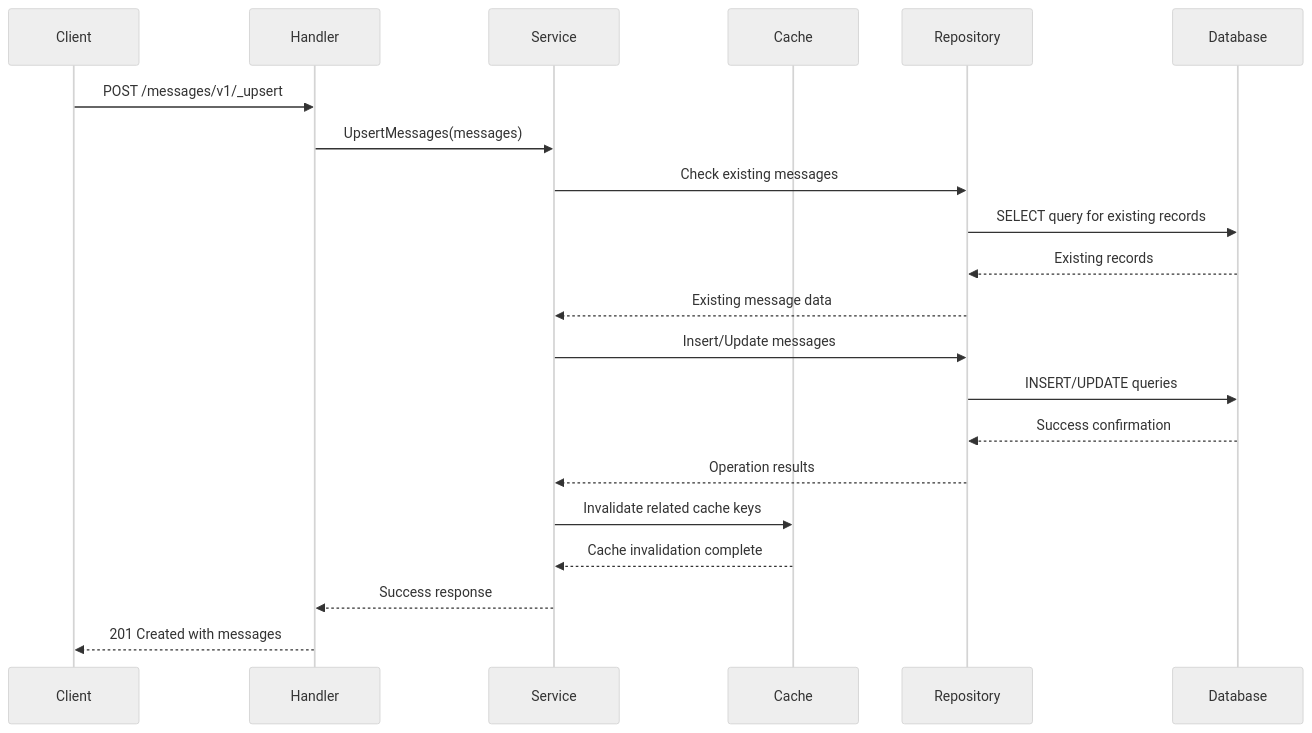
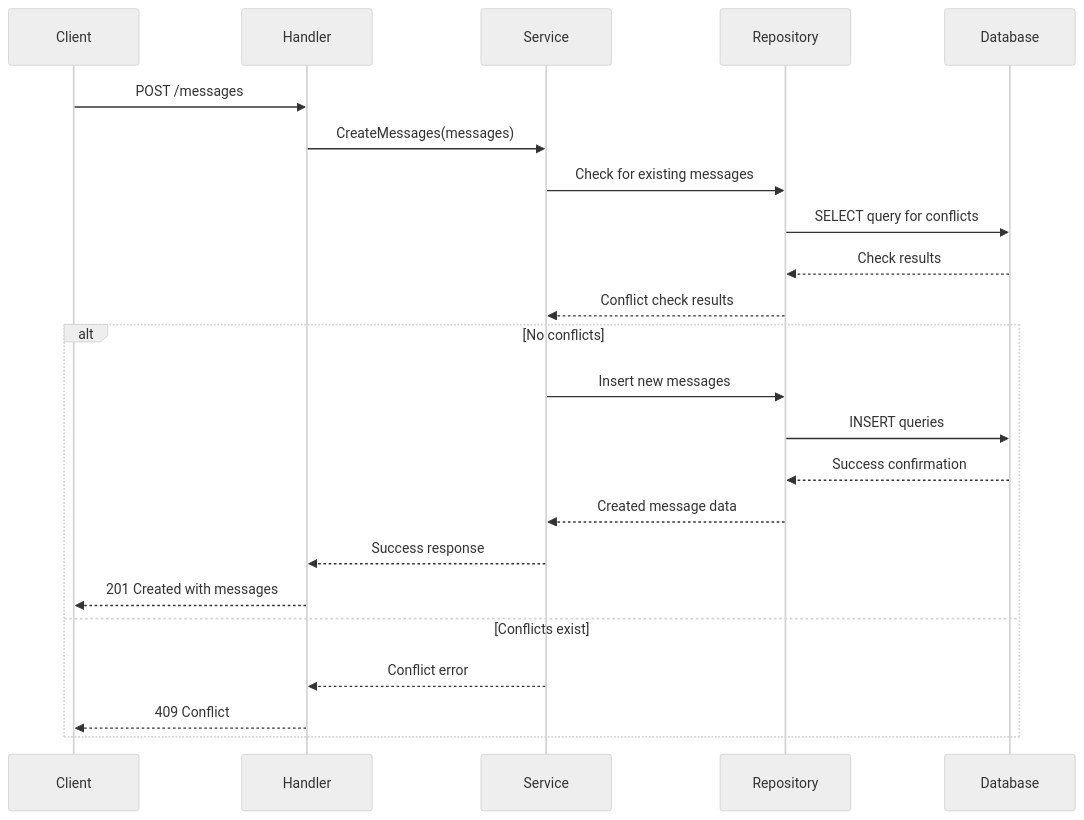
Before and after one commit to anishEgov/digit3: the third of 7 diagrams in code/services/localisationgo/README.md, drawn with Mermaid (neutral theme). The commit also changed other lines of this file, not shown here.

````diff
--- a/code/services/localisationgo/README.md
+++ b/code/services/localisationgo/README.md
@@ -313,28 +370,28 @@
 ```mermaid
 sequenceDiagram
     participant Client
     participant Handler
     participant Service
-    participant Cache
     participant Repository
     participant Database
 
-    Client->>Handler: POST /messages/v1/_upsert
-    Handler->>Service: UpsertMessages(messages)
+    Client->>Handler: POST /messages
+    Handler->>Service: CreateMessages(messages)
     
-    Service->>Repository: Check existing messages
-    Repository->>Database: SELECT query for existing records
-    Database-->>Repository: Existing records
-    Repository-->>Service: Existing message data
+    Service->>Repository: Check for existing messages
+    Repository->>Database: SELECT query for conflicts
+    Database-->>Repository: Check results
+    Repository-->>Service: Conflict check results
     
-    Service->>Repository: Insert/Update messages
-    Repository->>Database: INSERT/UPDATE queries
-    Database-->>Repository: Success confirmation
-    Repository-->>Service: Operation results
-    
-    Service->>Cache: Invalidate related cache keys
-    Cache-->>Service: Cache invalidation complete
-    
-    Service-->>Handler: Success response
-    Handler-->>Client: 201 Created with messages
+    alt No conflicts
+        Service->>Repository: Insert new messages
+        Repository->>Database: INSERT queries
+        Database-->>Repository: Success confirmation
+        Repository-->>Service: Created message data
+        Service-->>Handler: Success response
+        Handler-->>Client: 201 Created with messages
+    else Conflicts exist
+        Service-->>Handler: Conflict error
+        Handler-->>Client: 409 Conflict
+    end
 ```
````
